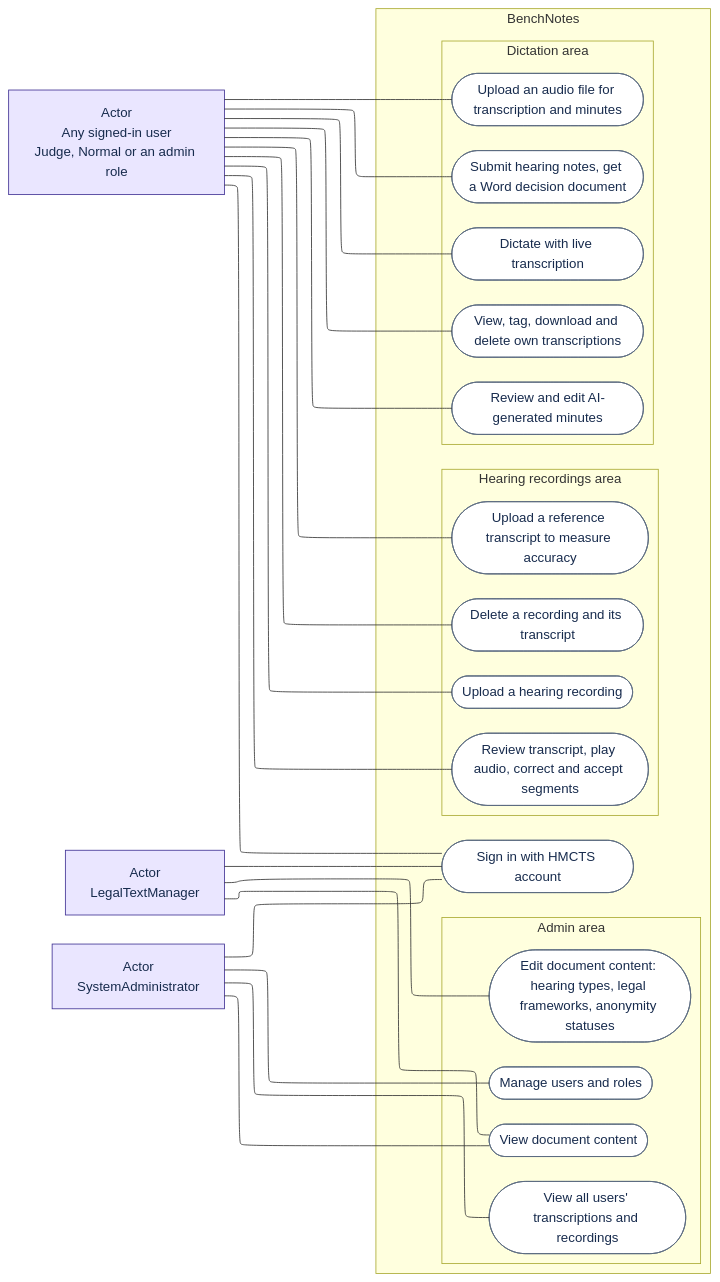
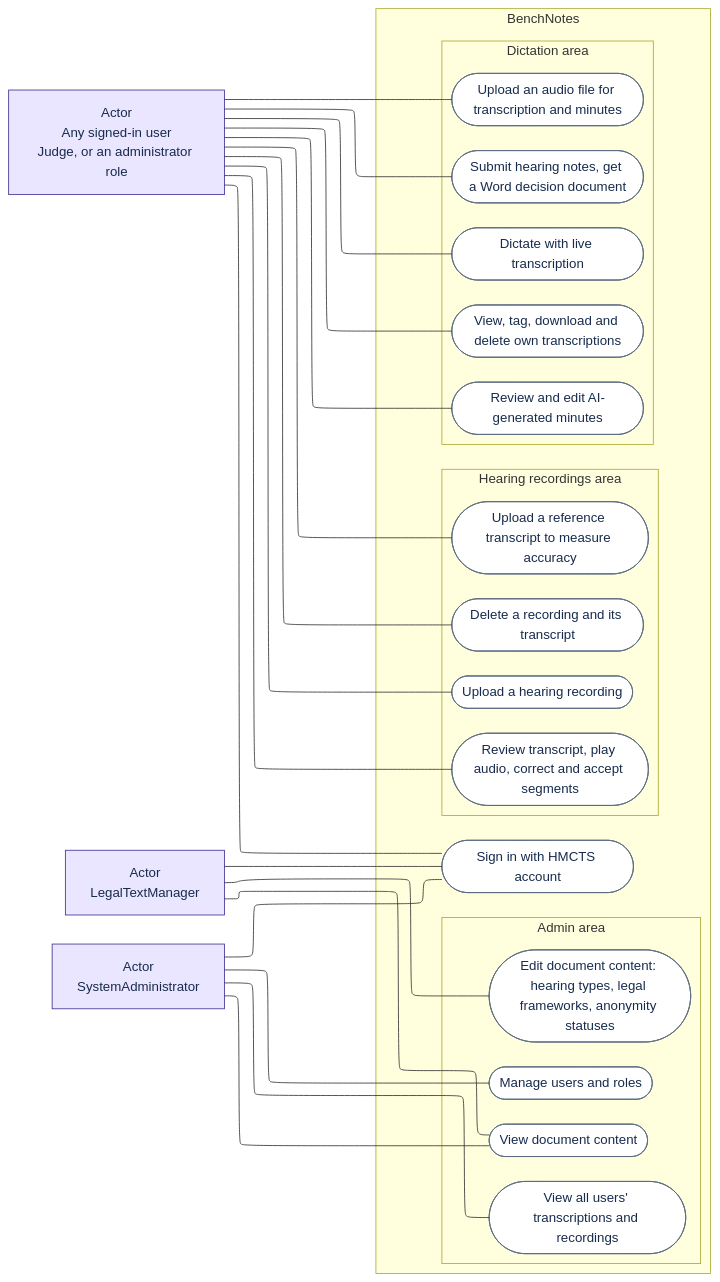
One commit to hmcts/transcribe-api changed the diagram in docs/architecture/02-use-cases.mmd. Above: the diagram before and after it, drawn with Mermaid. The commit also changed 121 other files, not shown here.

```diff
--- a/docs/architecture/02-use-cases.mmd
+++ b/docs/architecture/02-use-cases.mmd
@@ -1,58 +1,58 @@
 ---
 config:
   layout: elk
 ---
 flowchart LR
-  judge["Actor<br/>Any signed-in user<br/>Judge, Normal or an admin role"]
+  judge["Actor<br/>Any signed-in user<br/>Judge, or an administrator role"]
   ltm["Actor<br/>LegalTextManager"]
   sysadmin["Actor<br/>SystemAdministrator"]
 
   subgraph bn["BenchNotes"]
     direction TB
     signin(["Sign in with HMCTS account"])
     subgraph dict["Dictation area"]
       direction TB
       live(["Dictate with live transcription"])
       submit(["Submit hearing notes, get a Word decision document"])
       upload(["Upload an audio file for transcription and minutes"])
       minutes(["Review and edit AI-generated minutes"])
       mine(["View, tag, download and delete own transcriptions"])
     end
     subgraph rec["Hearing recordings area"]
       direction TB
       recup(["Upload a hearing recording"])
       review(["Review transcript, play audio, correct and accept segments"])
       wer(["Upload a reference transcript to measure accuracy"])
       recdel(["Delete a recording and its transcript"])
     end
     subgraph adm["Admin area"]
       direction TB
       content(["Edit document content: hearing types, legal frameworks, anonymity statuses"])
       viewcontent(["View document content"])
       users(["Manage users and roles"])
       alltx(["View all users' transcriptions and recordings"])
     end
   end
 
   judge --- signin
   judge --- live
   judge --- submit
   judge --- upload
   judge --- minutes
   judge --- mine
   judge --- recup
   judge --- review
   judge --- wer
   judge --- recdel
   ltm --- signin
   ltm --- content
   ltm --- viewcontent
   sysadmin --- signin
   sysadmin --- viewcontent
   sysadmin --- users
   sysadmin --- alltx
 
   classDef actor fill:#eae6ff,stroke:#403294,color:#172b4d
   classDef uc fill:#ffffff,stroke:#5b6b80,color:#172b4d
   class judge,ltm,sysadmin actor
   class signin,live,submit,upload,minutes,mine,recup,review,wer,recdel,content,viewcontent,users,alltx uc
```
